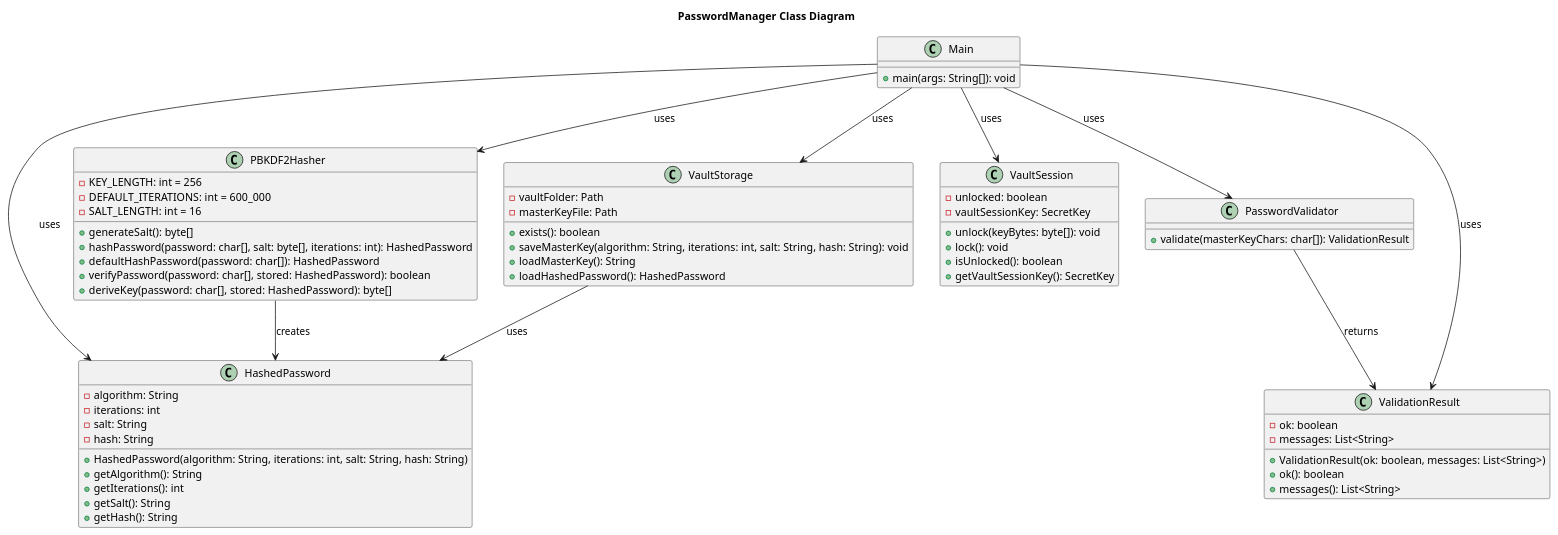
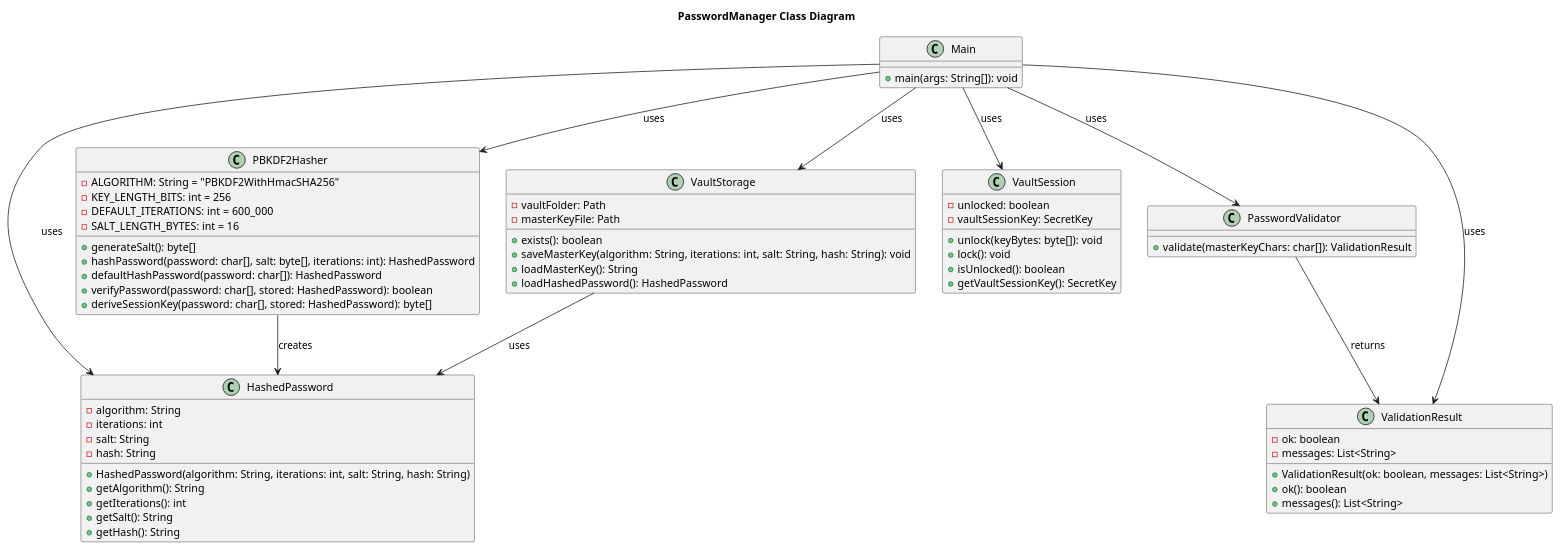
The diagram in documentation/UML diagrams/Class diagram.plantuml (Othmaneelmo/PasswordManager), drawn with PlantUML before and after one commit.

Commit message:
update class diagram

```diff
--- a/documentation/UML diagrams/Class diagram.plantuml
+++ b/documentation/UML diagrams/Class diagram.plantuml
@@ -1,72 +1,73 @@
 @startuml Class Diagram
 
 title PasswordManager Class Diagram
 
 class Main {
   +main(args: String[]): void
 }
 
 class HashedPassword {
   -algorithm: String
   -iterations: int
   -salt: String
   -hash: String
   +HashedPassword(algorithm: String, iterations: int, salt: String, hash: String)
   +getAlgorithm(): String
   +getIterations(): int
   +getSalt(): String
   +getHash(): String
 }
 
 class PBKDF2Hasher {
-  -KEY_LENGTH: int = 256
+  -ALGORITHM: String = "PBKDF2WithHmacSHA256"
+  -KEY_LENGTH_BITS: int = 256
   -DEFAULT_ITERATIONS: int = 600_000
-  -SALT_LENGTH: int = 16
+  -SALT_LENGTH_BYTES: int = 16
   +generateSalt(): byte[]
   +hashPassword(password: char[], salt: byte[], iterations: int): HashedPassword
   +defaultHashPassword(password: char[]): HashedPassword
   +verifyPassword(password: char[], stored: HashedPassword): boolean
-  +deriveKey(password: char[], stored: HashedPassword): byte[]
+  +deriveSessionKey(password: char[], stored: HashedPassword): byte[]
 }
 
 class VaultStorage {
   -vaultFolder: Path
   -masterKeyFile: Path
   +exists(): boolean
   +saveMasterKey(algorithm: String, iterations: int, salt: String, hash: String): void
   +loadMasterKey(): String
   +loadHashedPassword(): HashedPassword
 }
 
 class VaultSession {
   -unlocked: boolean
   -vaultSessionKey: SecretKey
   +unlock(keyBytes: byte[]): void
   +lock(): void
   +isUnlocked(): boolean
   +getVaultSessionKey(): SecretKey
 }
 
 class PasswordValidator {
   +validate(masterKeyChars: char[]): ValidationResult
 }
 
 class ValidationResult {
   -ok: boolean
   -messages: List<String>
   +ValidationResult(ok: boolean, messages: List<String>)
   +ok(): boolean
   +messages(): List<String>
 }
 
 Main --> HashedPassword : uses
 Main --> PBKDF2Hasher : uses
 Main --> VaultStorage : uses
 Main --> VaultSession : uses
 Main --> PasswordValidator : uses
 Main --> ValidationResult : uses
 PBKDF2Hasher --> HashedPassword : creates
 VaultStorage --> HashedPassword : uses
 PasswordValidator --> ValidationResult : returns
 
 @enduml
```
